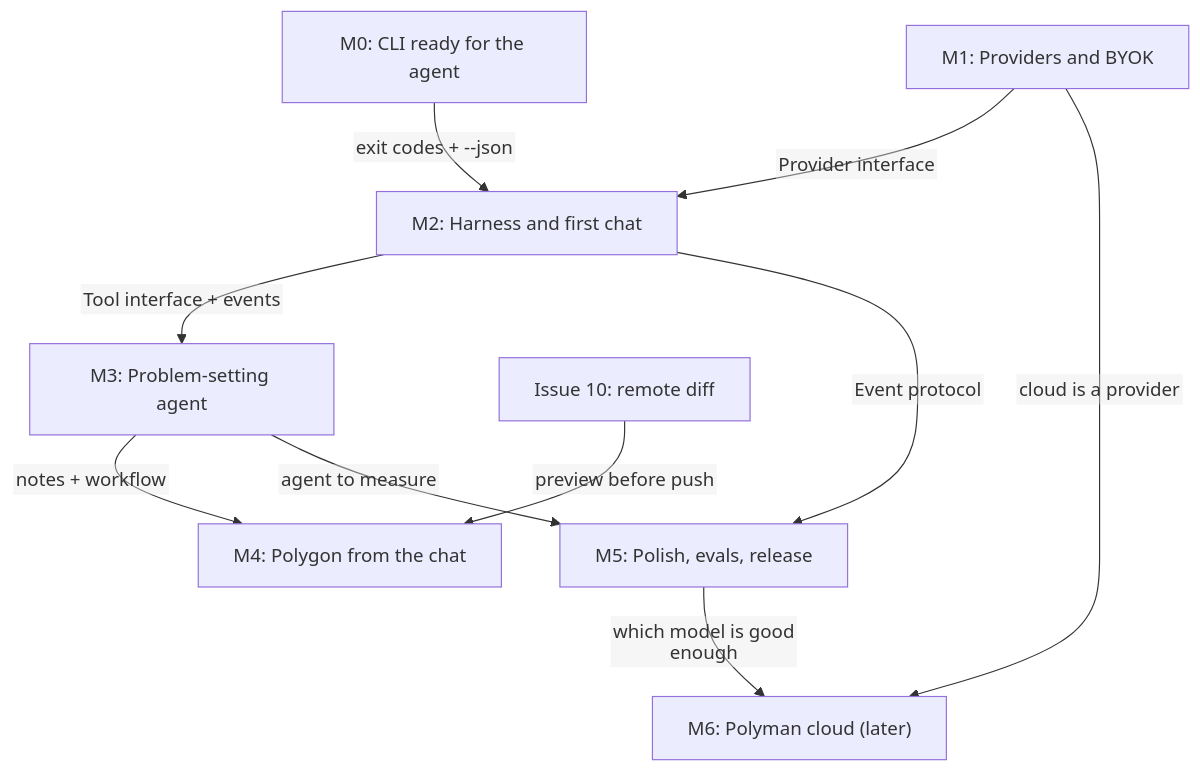
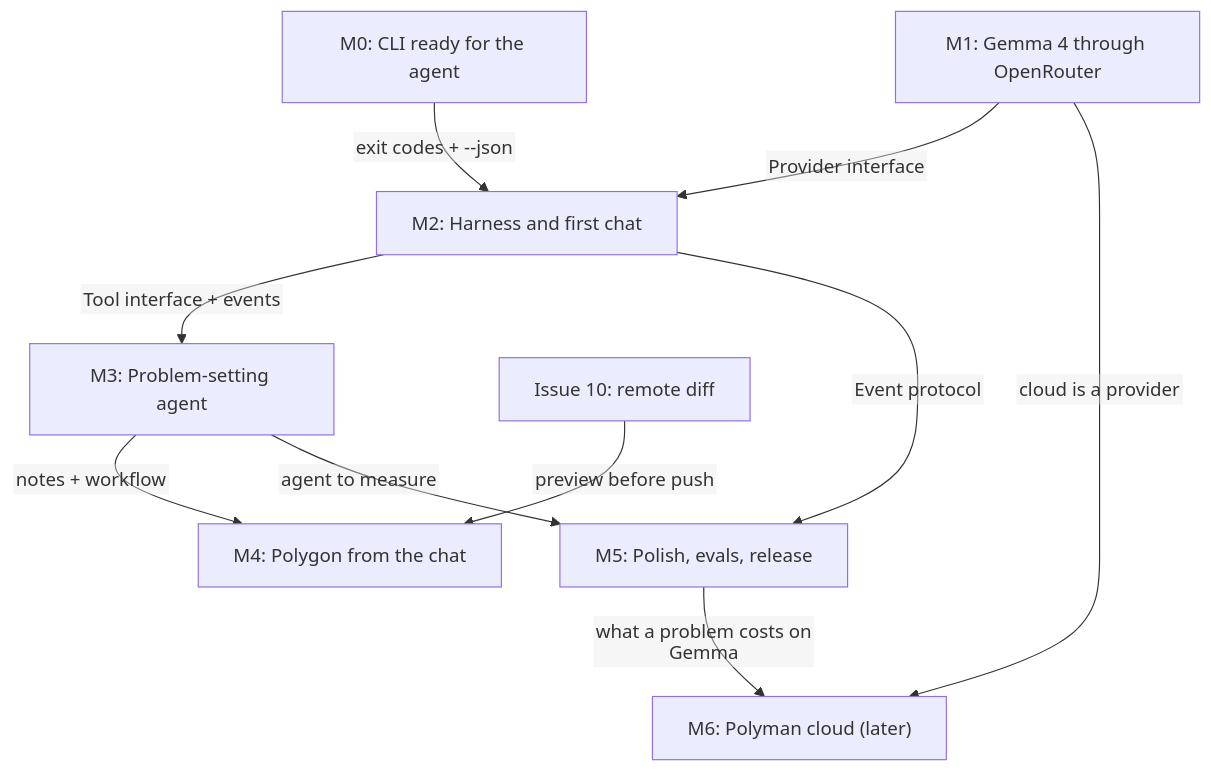
One commit to Ahmad-Faraj/polyman changed the second of 2 diagrams in design/agent/README.md. Above: the diagram before and after it, drawn with Mermaid. The commit also changed other lines of this file and 29 other files, not shown here.

````diff
--- a/design/agent/README.md
+++ b/design/agent/README.md
@@ -89,22 +110,22 @@
 ```mermaid
 %%{init: {"flowchart": {"htmlLabels": false}} }%%
 flowchart TD
   M0["M0: CLI ready for the agent"]
-  M1["M1: Providers and BYOK"]
+  M1["M1: Gemma 4 through OpenRouter"]
   M2["M2: Harness and first chat"]
   M3["M3: Problem-setting agent"]
   M4["M4: Polygon from the chat"]
   M5["M5: Polish, evals, release"]
   M6["M6: Polyman cloud (later)"]
   I10["Issue 10: remote diff"]
 
   M0 -->|"exit codes + --json"| M2
   M1 -->|"Provider interface"| M2
   M2 -->|"Tool interface + events"| M3
   M2 -->|"Event protocol"| M5
   M3 -->|"notes + workflow"| M4
   I10 -->|"preview before push"| M4
   M3 -->|"agent to measure"| M5
   M1 -->|"cloud is a provider"| M6
-  M5 -->|"which model is good enough"| M6
+  M5 -->|"what a problem costs on Gemma"| M6
 ```
````
